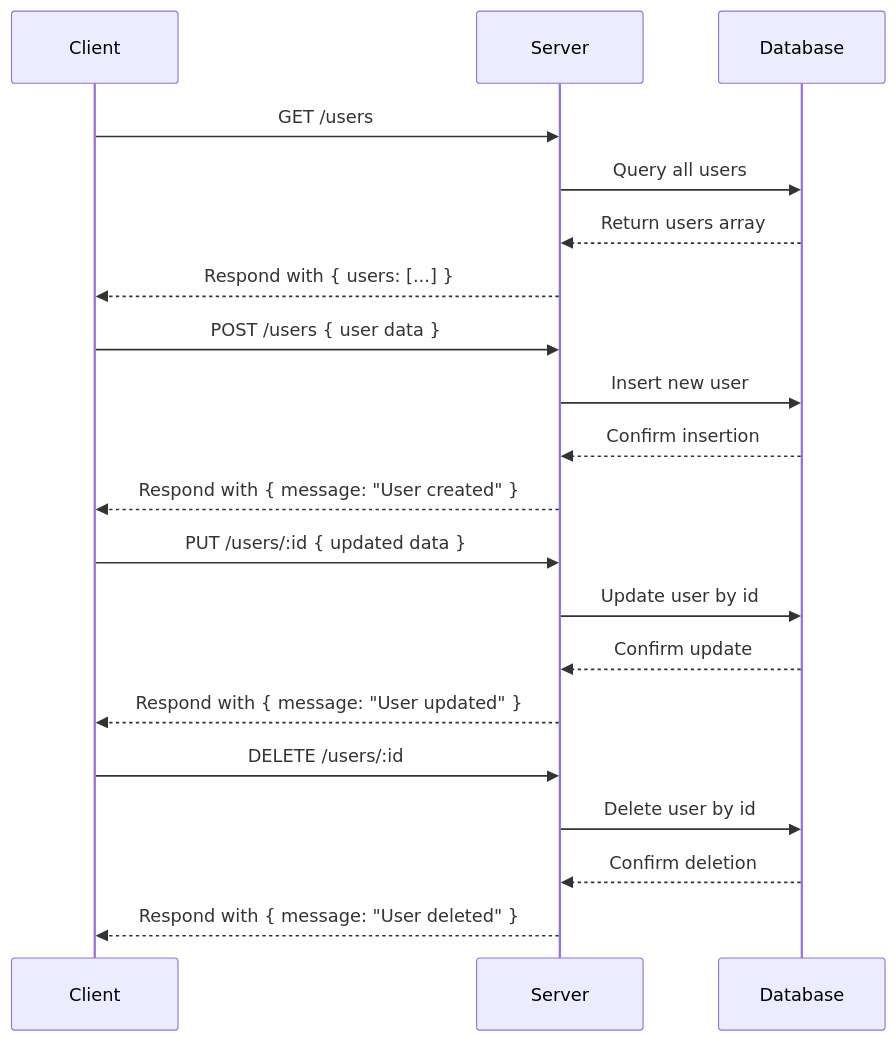
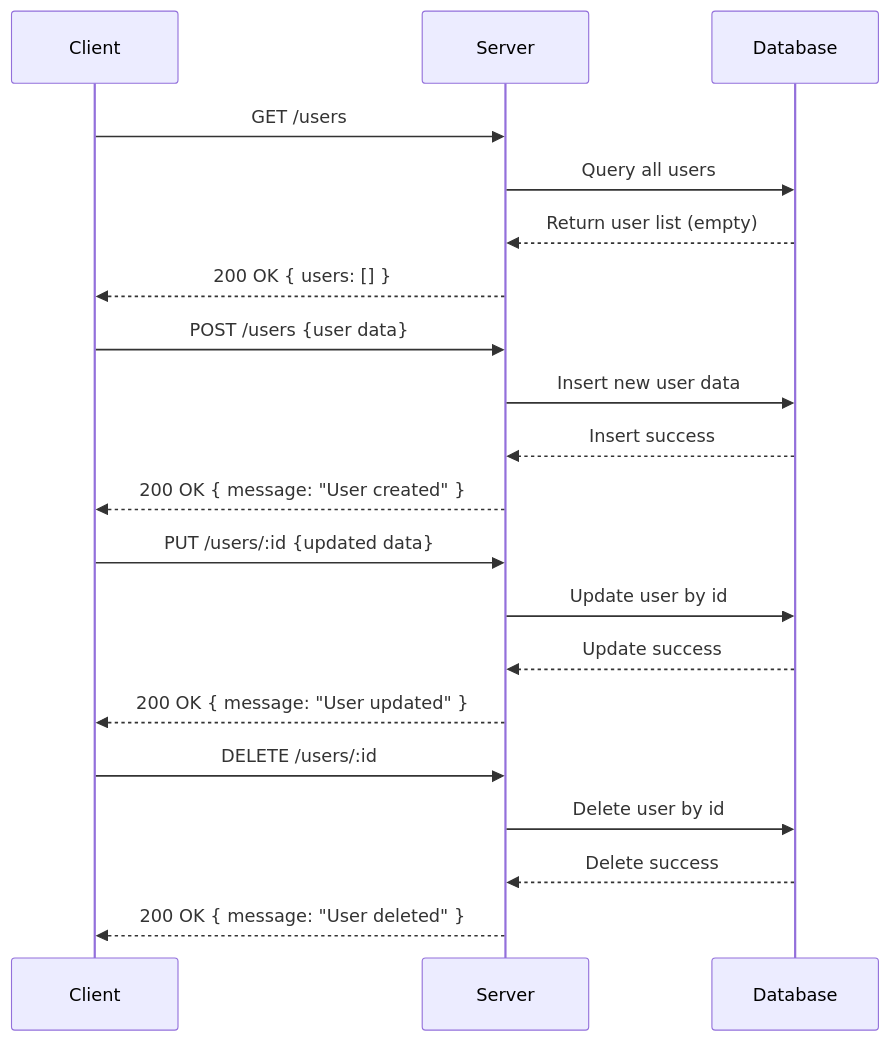
One commit to shruthikha/sample-api-project changed the diagram in generated-api-docs.md. Above: the diagram before and after it, drawn with Mermaid. The commit also changed other lines of this file, not shown here.

````diff
--- a/generated-api-docs.md
+++ b/generated-api-docs.md
@@ -267,26 +290,26 @@
 ```mermaid
 sequenceDiagram
     participant Client
     participant Server
     participant Database
 
     Client->>Server: GET /users
     Server->>Database: Query all users
-    Database-->>Server: Return users array
-    Server-->>Client: Respond with { users: [...] }
+    Database-->>Server: Return user list (empty)
+    Server-->>Client: 200 OK { users: [] }
 
-    Client->>Server: POST /users { user data }
-    Server->>Database: Insert new user
-    Database-->>Server: Confirm insertion
-    Server-->>Client: Respond with { message: "User created" }
+    Client->>Server: POST /users {user data}
+    Server->>Database: Insert new user data
+    Database-->>Server: Insert success
+    Server-->>Client: 200 OK { message: "User created" }
 
-    Client->>Server: PUT /users/:id { updated data }
+    Client->>Server: PUT /users/:id {updated data}
     Server->>Database: Update user by id
-    Database-->>Server: Confirm update
-    Server-->>Client: Respond with { message: "User updated" }
+    Database-->>Server: Update success
+    Server-->>Client: 200 OK { message: "User updated" }
 
     Client->>Server: DELETE /users/:id
     Server->>Database: Delete user by id
-    Database-->>Server: Confirm deletion
-    Server-->>Client: Respond with { message: "User deleted" }
+    Database-->>Server: Delete success
+    Server-->>Client: 200 OK { message: "User deleted" }
 ```
````
